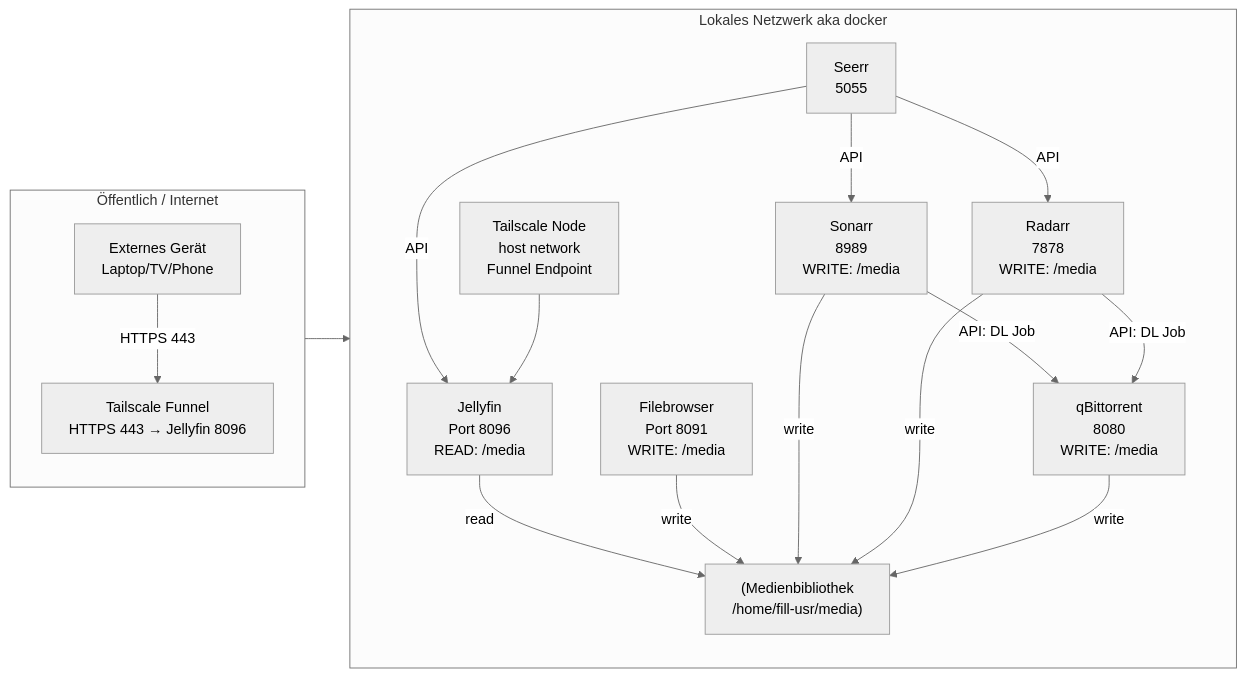
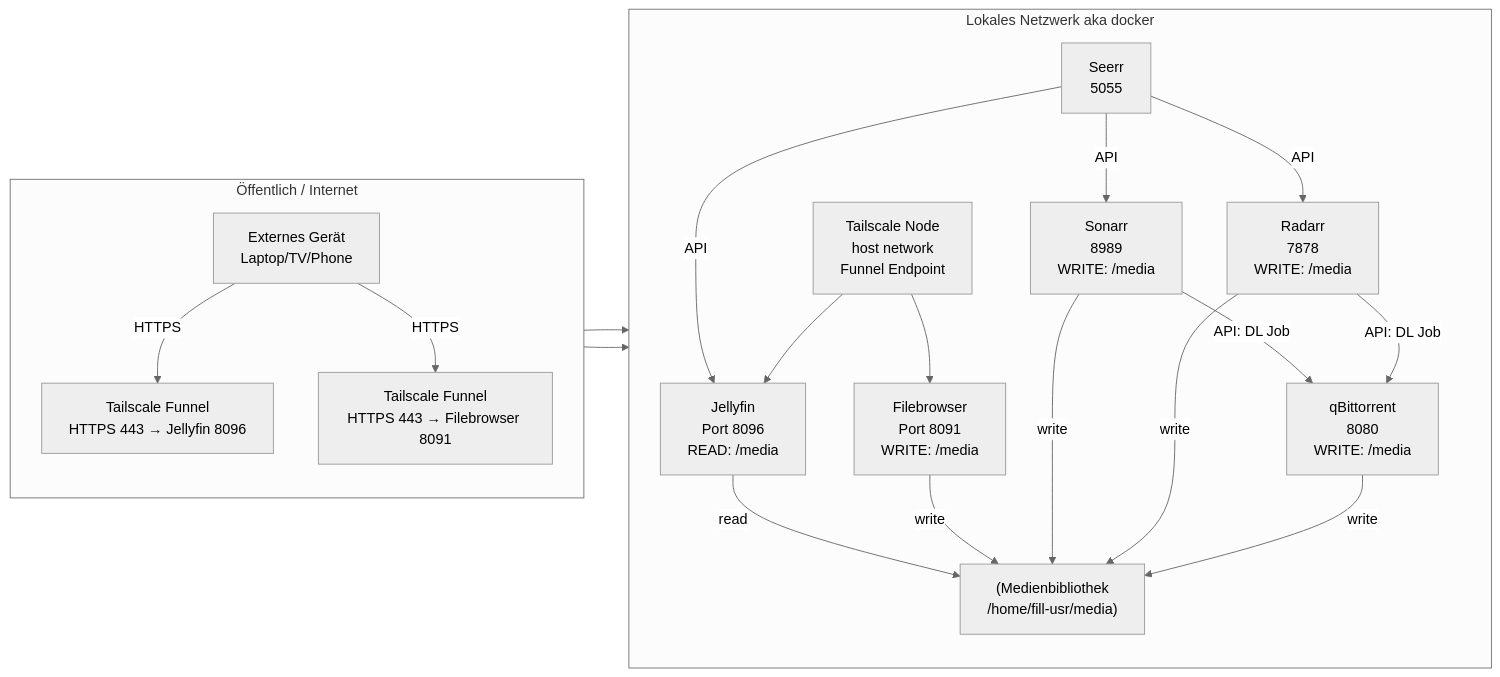
Before and after one commit to florianthepro/jellyfin: the second of 2 diagrams in README.md, drawn with Mermaid (neutral theme).

````diff
--- a/README.md
+++ b/README.md
@@ -53,43 +53,45 @@
 ```mermaid
 flowchart LR
 %% ===== Bereiche =====
 subgraph LOCAL[Lokales Netzwerk aka docker]
 direction TB
 
     %% Jellyfin
     JF[Jellyfin<br/>Port 8096<br/>READ: /media]
     FB[Filebrowser<br/>Port 8091<br/>WRITE: /media]
     MB["(Medienbibliothek<br/>/home/fill-usr/media)"]
     SON[Sonarr<br/>8989<br/>WRITE: /media]
     RAD[Radarr<br/>7878<br/>WRITE: /media]
     QBIT[qBittorrent<br/>8080<br/>WRITE: /media]
     SEERR[Seerr<br/>5055]
     TS[Tailscale Node<br/>host network<br/>Funnel Endpoint]
 
 end
 
 subgraph INTERNET[Öffentlich / Internet]
 direction TB
-    FUNNEL[Tailscale Funnel<br/>HTTPS 443 → Jellyfin 8096]
+    FUNNEL_JF[Tailscale Funnel<br/>HTTPS 443 → Jellyfin 8096]
+    FUNNEL_FB[Tailscale Funnel<br/>HTTPS 443 → Filebrowser 8091]
     CLIENT[Externes Gerät<br/>Laptop/TV/Phone]
 end
 
 %% ===== Verbindungen =====
 
 %% Medienzugriff
 JF -->|read| MB
 FB -->|write| MB
 SON -->|write| MB
 RAD -->|write| MB
 QBIT -->|write| MB
 
 %% API-Flow zwischen Services
 SEERR -->|API| SON
 SEERR -->|API| JF
 SEERR -->|API| RAD
 SON -->|API: DL Job| QBIT
 RAD -->|API: DL Job| QBIT
 
-%% Tailscale extern
-CLIENT -->|HTTPS 443| FUNNEL --> TS --> JF
+%% Tailscale extern Zugriffe
+CLIENT -->|HTTPS| FUNNEL_JF --> TS --> JF
+CLIENT -->|HTTPS| FUNNEL_FB --> TS --> FB
 ```
````
